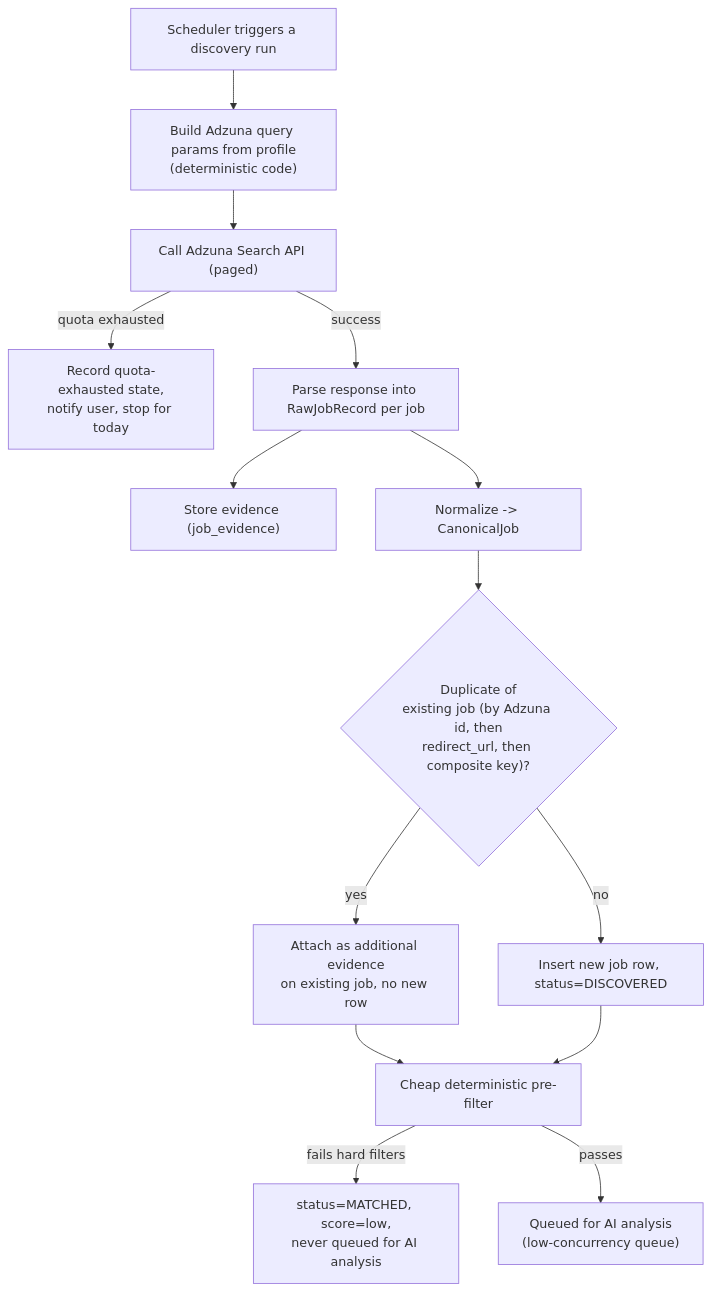
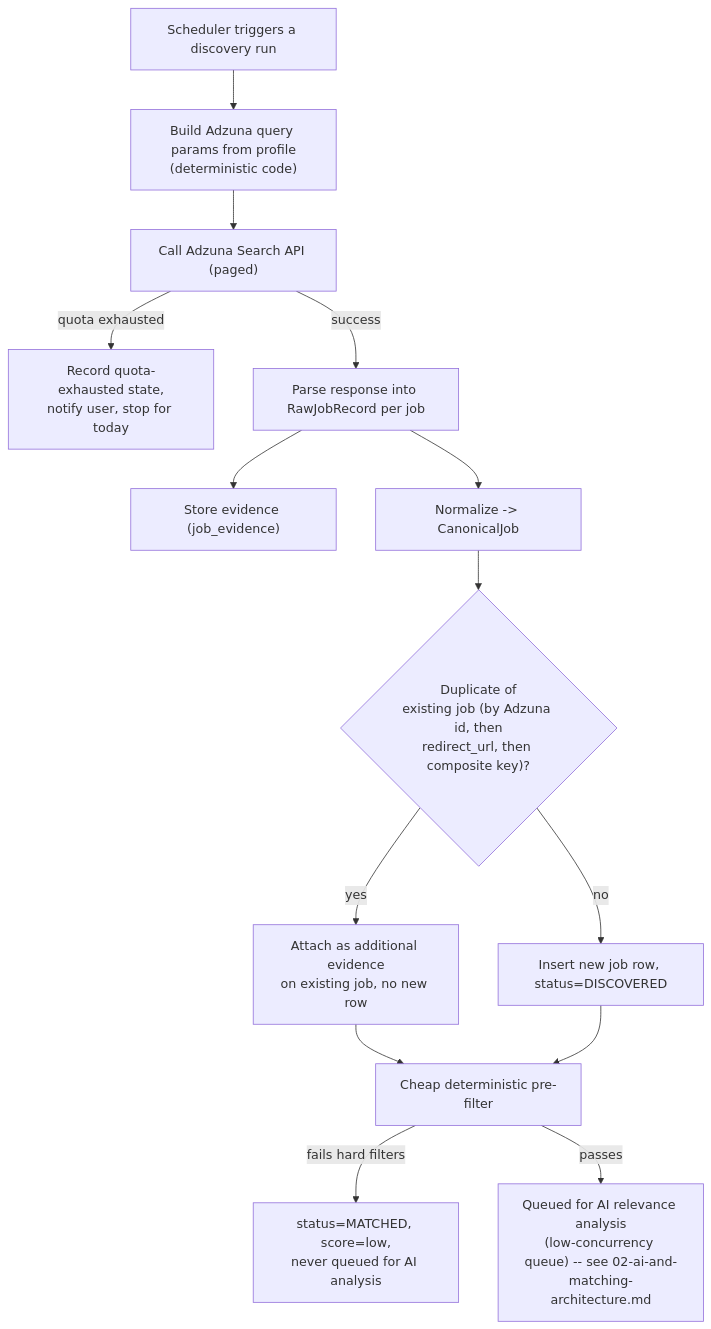
Before and after one commit to wassimrahoui/adhd-job-agent: the first of 3 diagrams in docs/03-job-sources-and-browser-automation.md, drawn with Mermaid. The commit also changed other lines of this file and 5 other files, not shown here.

````diff
--- a/docs/03-job-sources-and-browser-automation.md
+++ b/docs/03-job-sources-and-browser-automation.md
@@ -53,16 +47,16 @@
 ```mermaid
 flowchart TD
     SCHED["Scheduler triggers a discovery run"] --> QUERYBUILD["Build Adzuna query params from profile\n(deterministic code)"]
     QUERYBUILD --> CALL["Call Adzuna Search API (paged)"]
     CALL -->|quota exhausted| QUOTA["Record quota-exhausted state,\nnotify user, stop for today"]
     CALL -->|success| PARSE["Parse response into RawJobRecord per job"]
     PARSE --> EVIDSTORE["Store evidence (job_evidence)"]
     PARSE --> NORM["Normalize -> CanonicalJob"]
     NORM --> DEDUP{"Duplicate of\nexisting job (by Adzuna id, then\nredirect_url, then composite key)?"}
     DEDUP -->|yes| MERGE["Attach as additional evidence\non existing job, no new row"]
     DEDUP -->|no| INSERT["Insert new job row, status=DISCOVERED"]
     MERGE --> FILTER["Cheap deterministic pre-filter"]
     INSERT --> FILTER
     FILTER -->|fails hard filters| NOMATCH["status=MATCHED, score=low,\nnever queued for AI analysis"]
-    FILTER -->|passes| QUEUEIT["Queued for AI analysis\n(low-concurrency queue)"]
+    FILTER -->|passes| QUEUEIT["Queued for AI relevance analysis\n(low-concurrency queue) -- see 02-ai-and-matching-architecture.md"]
 ```
````
